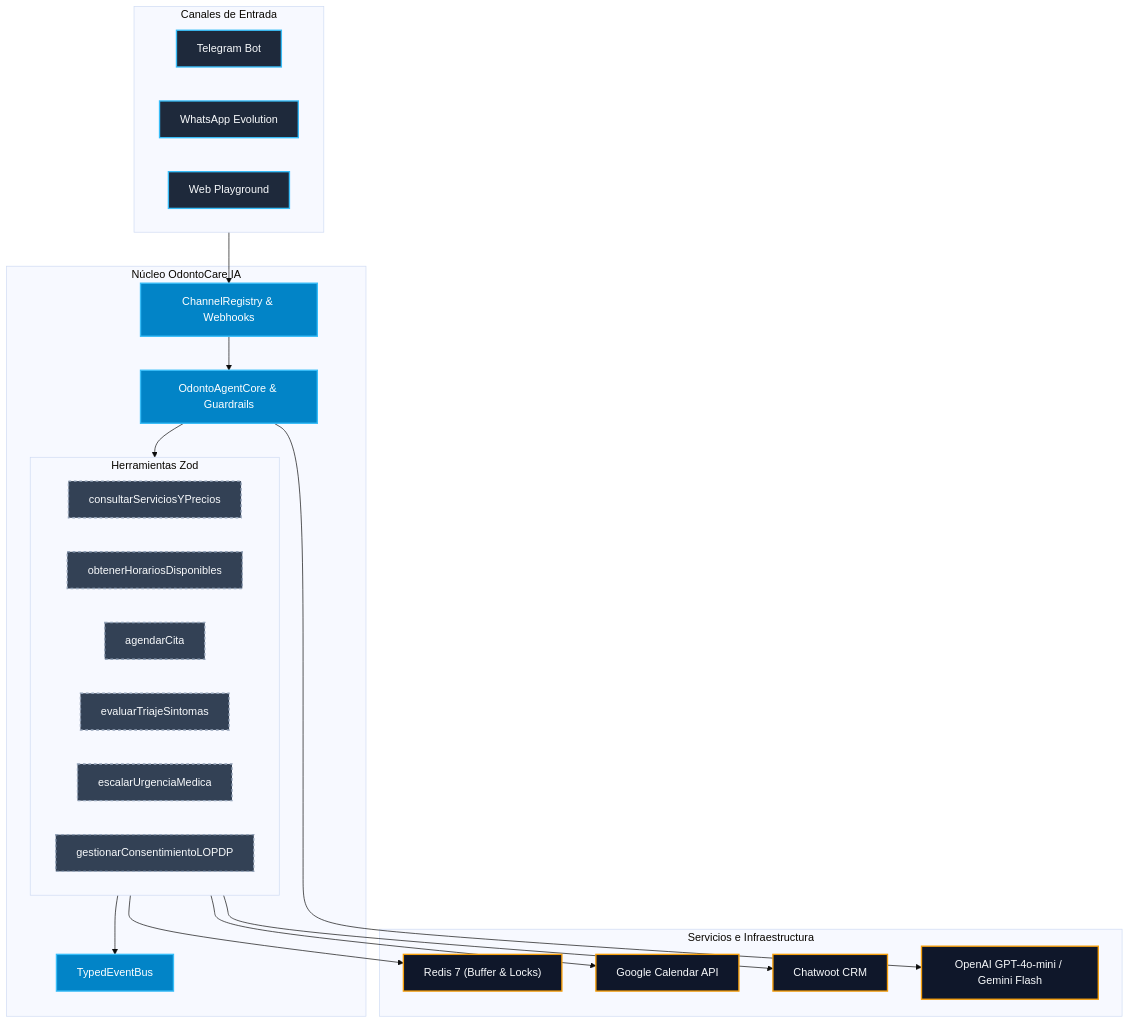
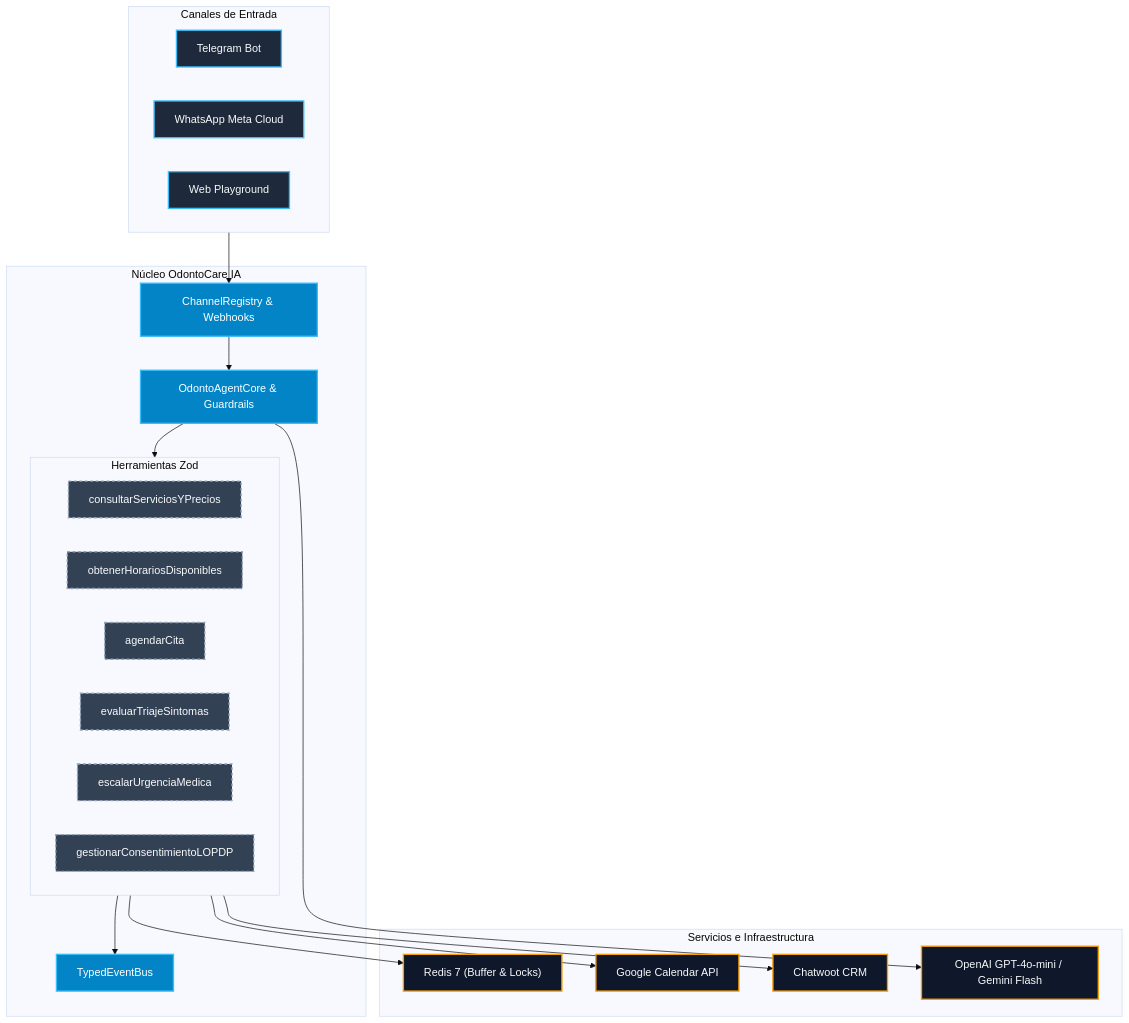
The diagram in GEMINI.md (VGMil-dev/odontolog-IA), drawn with Mermaid (base theme) before and after one commit. The commit also changed other lines of this file and 739 other files, not shown here.

````diff
--- a/GEMINI.md
+++ b/GEMINI.md
@@ -106,44 +106,44 @@
 ```mermaid
 flowchart TB
   classDef client fill:#1e293b,stroke:#38bdf8,stroke-width:2px,color:#f8fafc;
   classDef appCore fill:#0284c7,stroke:#38bdf8,stroke-width:2px,color:#ffffff;
   classDef toolPort fill:#334155,stroke:#94a3b8,stroke-width:2px,stroke-dasharray: 4 4,color:#f8fafc;
   classDef infra fill:#0f172a,stroke:#f59e0b,stroke-width:2px,color:#f8fafc;
 
   subgraph ENTRADA ["Canales de Entrada"]
     TG["Telegram Bot"]:::client
-    WA["WhatsApp Evolution"]:::client
+    WA["WhatsApp Meta Cloud"]:::client
     WEB["Web Playground"]:::client
   end
 
   subgraph CORE ["Núcleo OdontoCare IA"]
     ROUTER["ChannelRegistry & Webhooks"]:::appCore
     AGENT["OdontoAgentCore & Guardrails"]:::appCore
     EVENTBUS["TypedEventBus"]:::appCore
     
     subgraph TOOLS ["Herramientas Zod"]
       T1["consultarServiciosYPrecios"]:::toolPort
       T2["obtenerHorariosDisponibles"]:::toolPort
       T3["agendarCita"]:::toolPort
       T4["evaluarTriajeSintomas"]:::toolPort
       T5["escalarUrgenciaMedica"]:::toolPort
       T6["gestionarConsentimientoLOPDP"]:::toolPort
     end
   end
 
   subgraph INFRA ["Servicios e Infraestructura"]
     REDIS["Redis 7 (Buffer & Locks)"]:::infra
     GCAL["Google Calendar API"]:::infra
     CHATWOOT["Chatwoot CRM"]:::infra
     LLM["OpenAI GPT-4o-mini / Gemini Flash"]:::infra
   end
 
   ENTRADA --> ROUTER
   ROUTER --> AGENT
   AGENT --> TOOLS
   TOOLS --> EVENTBUS
   TOOLS --> REDIS
   TOOLS --> GCAL
   TOOLS --> CHATWOOT
   AGENT --> LLM
 ```
````
